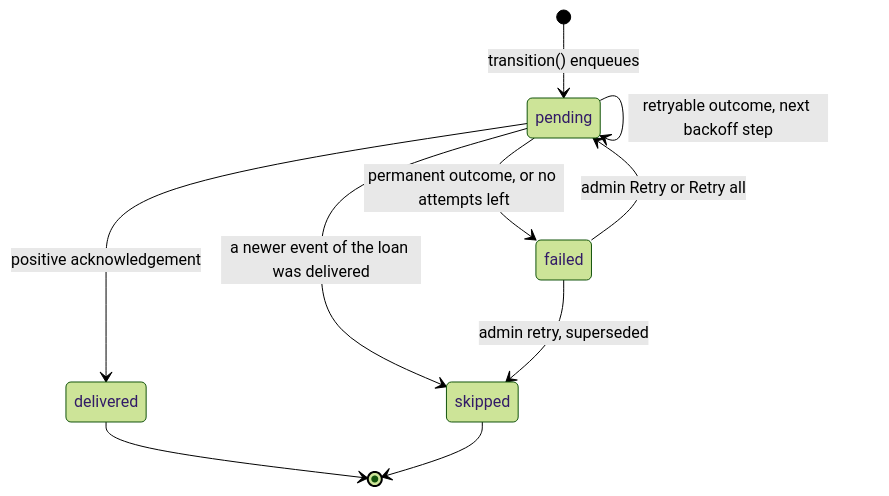
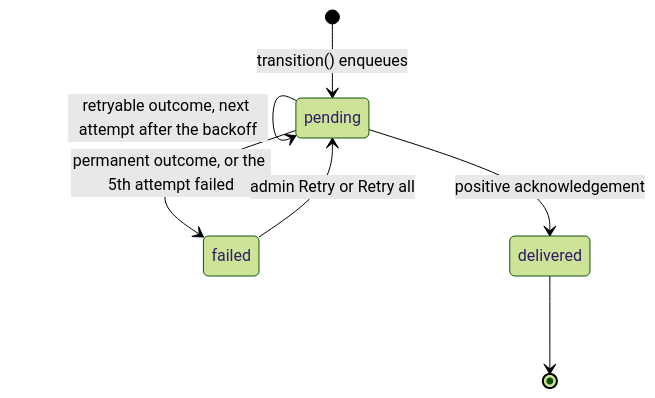
One commit to StarfallV/fluenceinternational-lendloop changed the fourth of 5 diagrams in docs/architecture.md. Above: the diagram before and after it, drawn with Mermaid (forest theme). The commit also changed other lines of this file and 22 other files, not shown here.

````diff
--- a/docs/architecture.md
+++ b/docs/architecture.md
@@ -414,12 +391,9 @@
 ```mermaid
 stateDiagram-v2
   [*] --> pending: transition() enqueues
-  pending --> pending: retryable outcome, next backoff step
+  pending --> pending: retryable outcome, next attempt after the backoff
   pending --> delivered: positive acknowledgement
-  pending --> failed: permanent outcome, or no attempts left
-  pending --> skipped: a newer event of the loan was delivered
+  pending --> failed: permanent outcome, or the 5th attempt failed
   failed --> pending: admin Retry or Retry all
-  failed --> skipped: admin retry, superseded
   delivered --> [*]
-  skipped --> [*]
 ```
````
